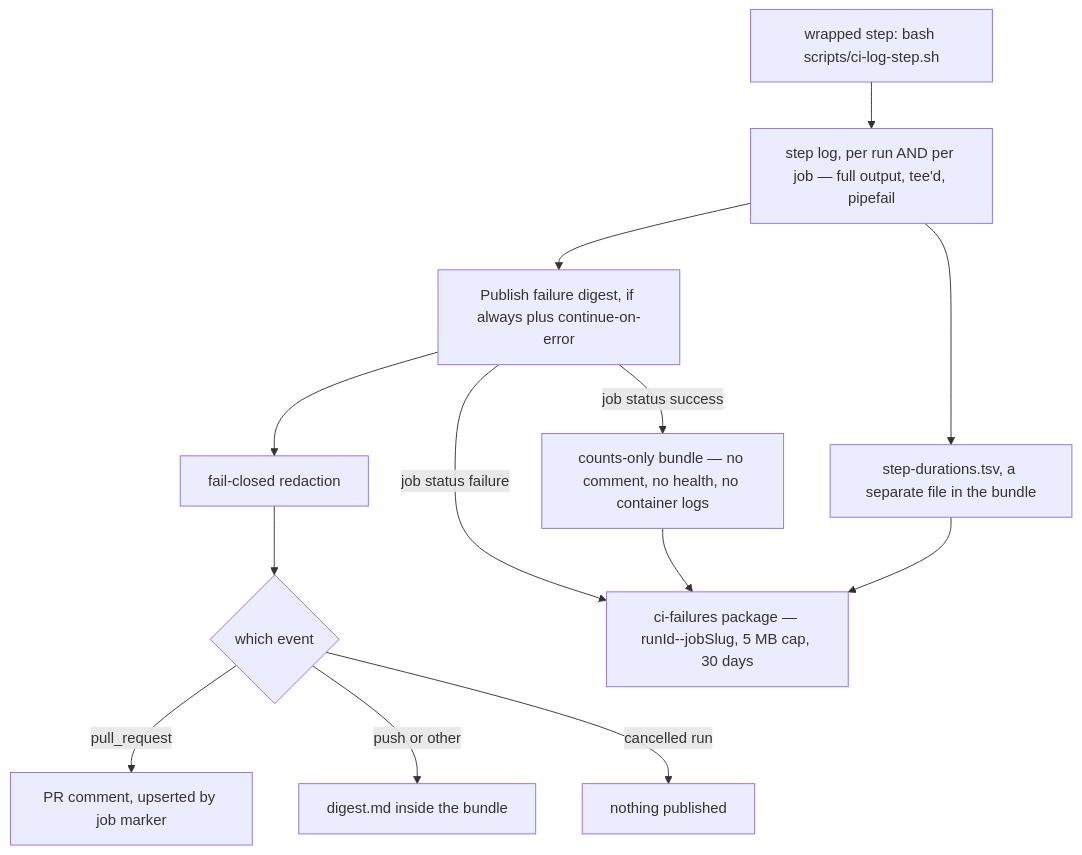
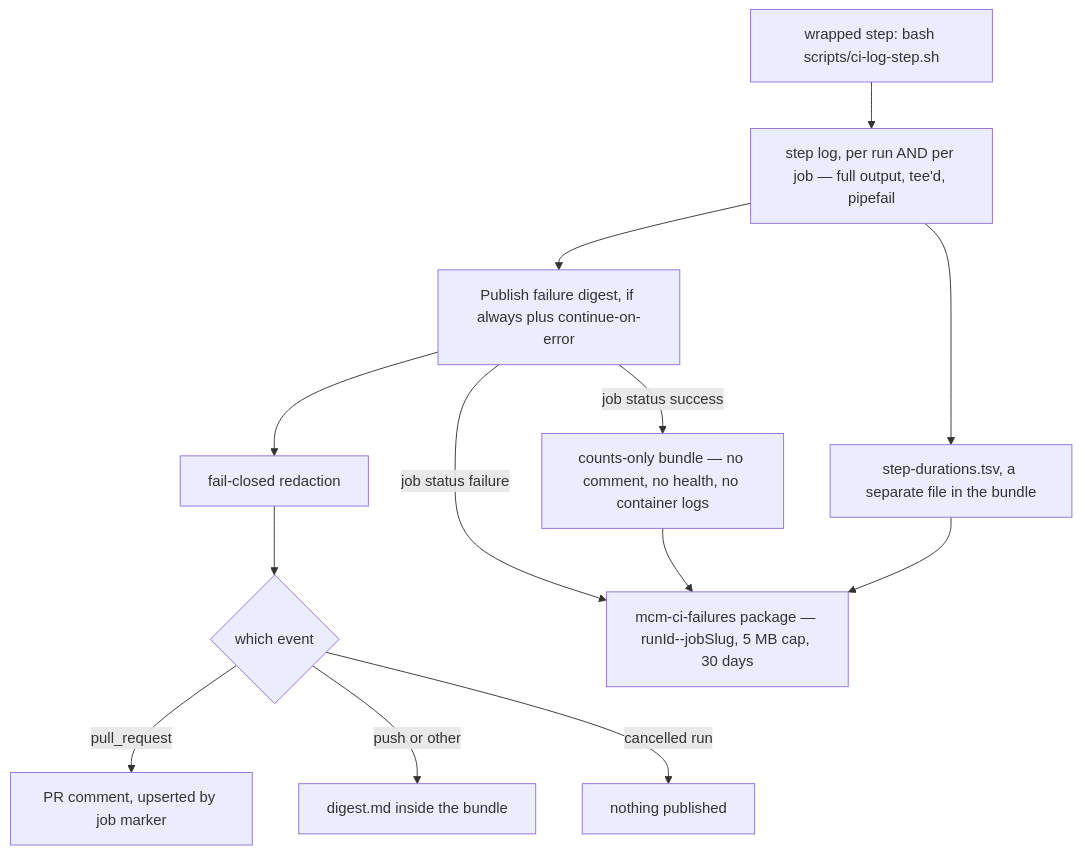
One commit to jumbleknot/MovieCollectionManager changed the diagram in openwiki/runbooks/ci-evidence-pipeline.md. Above: the diagram before and after it, drawn with Mermaid. The commit also changed other lines of this file and 20 other files, not shown here.

````diff
--- a/openwiki/runbooks/ci-evidence-pipeline.md
+++ b/openwiki/runbooks/ci-evidence-pipeline.md
@@ -27,15 +27,15 @@
 ```mermaid
 flowchart TD
   W["wrapped step: bash scripts/ci-log-step.sh"] --> LOG["step log, per run AND per job — full output, tee'd, pipefail"]
   LOG --> DIG["Publish failure digest, if always plus continue-on-error"]
   DIG --> RED["fail-closed redaction"]
   RED --> CH{"which event"}
   CH -->|"pull_request"| PR["PR comment, upserted by job marker"]
   CH -->|"push or other"| BUN["digest.md inside the bundle"]
   CH -->|"cancelled run"| NON["nothing published"]
-  DIG -->|"job status failure"| B["ci-failures package — runId--jobSlug, 5 MB cap, 30 days"]
+  DIG -->|"job status failure"| B["mcm-ci-failures package — runId--jobSlug, 5 MB cap, 30 days"]
   DIG -->|"job status success"| CNT["counts-only bundle — no comment, no health, no container logs"]
   CNT --> B
   LOG --> DUR["step-durations.tsv, a separate file in the bundle"]
   DUR --> B
 ```
````
